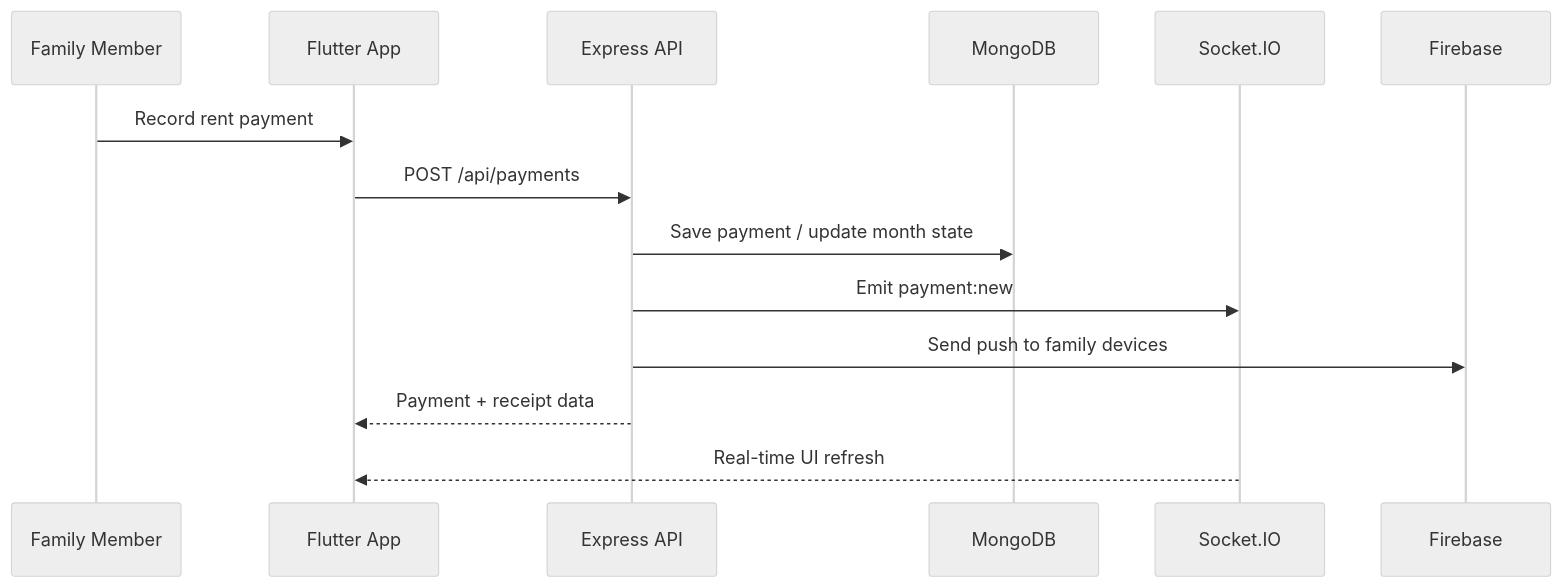
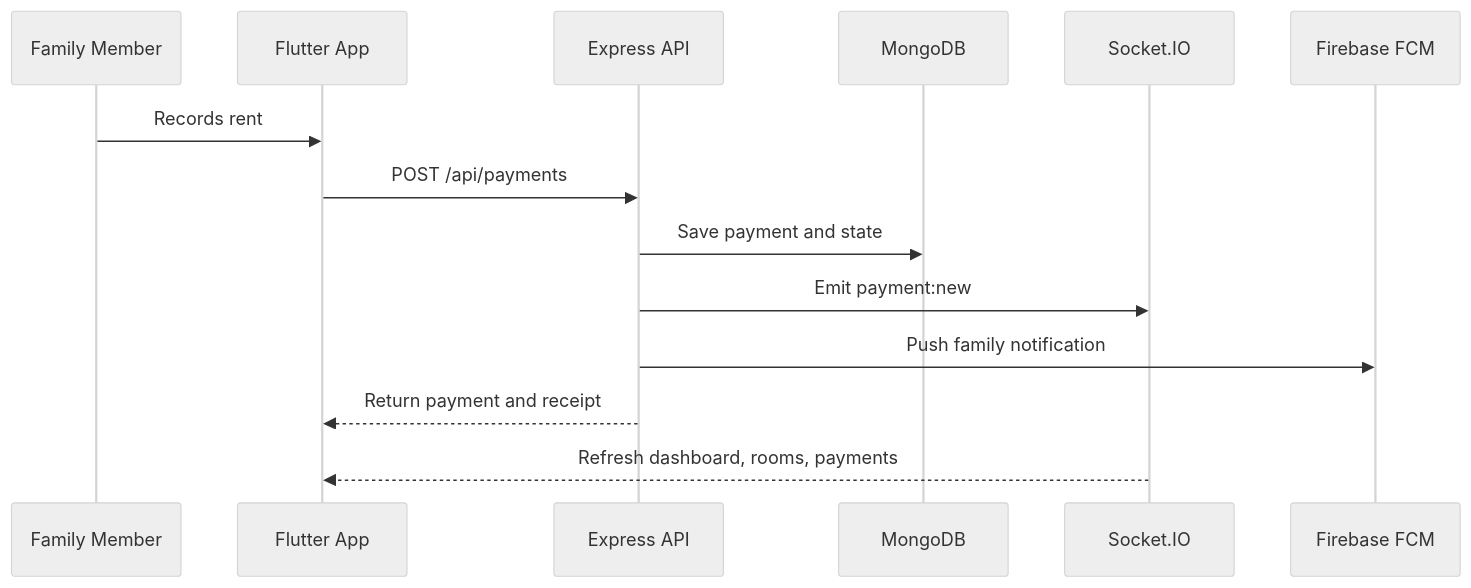
Before and after one commit to yasuo72/RentFlow: the second of 3 diagrams in README.md, drawn with Mermaid (neutral theme). The commit also changed other lines of this file and 12 other files, not shown here.

````diff
--- a/README.md
+++ b/README.md
@@ -75,17 +121,17 @@
 ```mermaid
 sequenceDiagram
-    participant U as Family Member
-    participant A as Flutter App
+    participant User as Family Member
+    participant App as Flutter App
     participant API as Express API
     participant DB as MongoDB
-    participant S as Socket.IO
-    participant FCM as Firebase
+    participant Socket as Socket.IO
+    participant FCM as Firebase FCM
 
-    U->>A: Record rent payment
-    A->>API: POST /api/payments
-    API->>DB: Save payment / update month state
-    API->>S: Emit payment:new
-    API->>FCM: Send push to family devices
-    API-->>A: Payment + receipt data
-    S-->>A: Real-time UI refresh
+    User->>App: Records rent
+    App->>API: POST /api/payments
+    API->>DB: Save payment and state
+    API->>Socket: Emit payment:new
+    API->>FCM: Push family notification
+    API-->>App: Return payment and receipt
+    Socket-->>App: Refresh dashboard, rooms, payments
 ```
````
